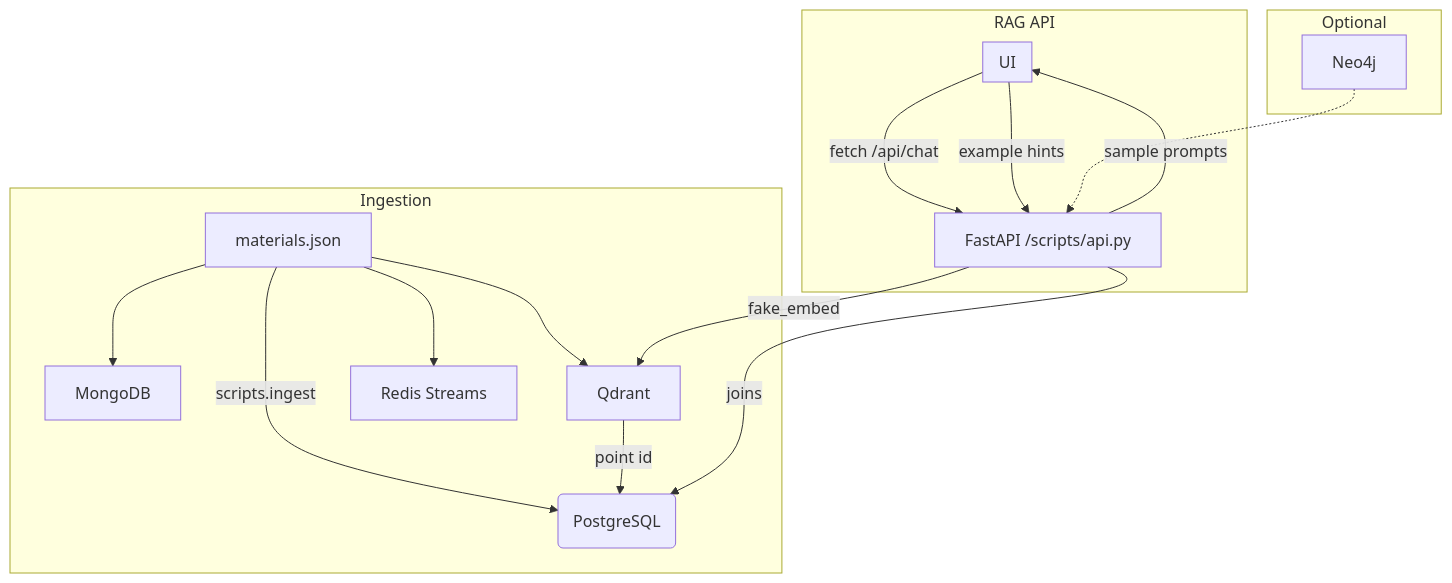
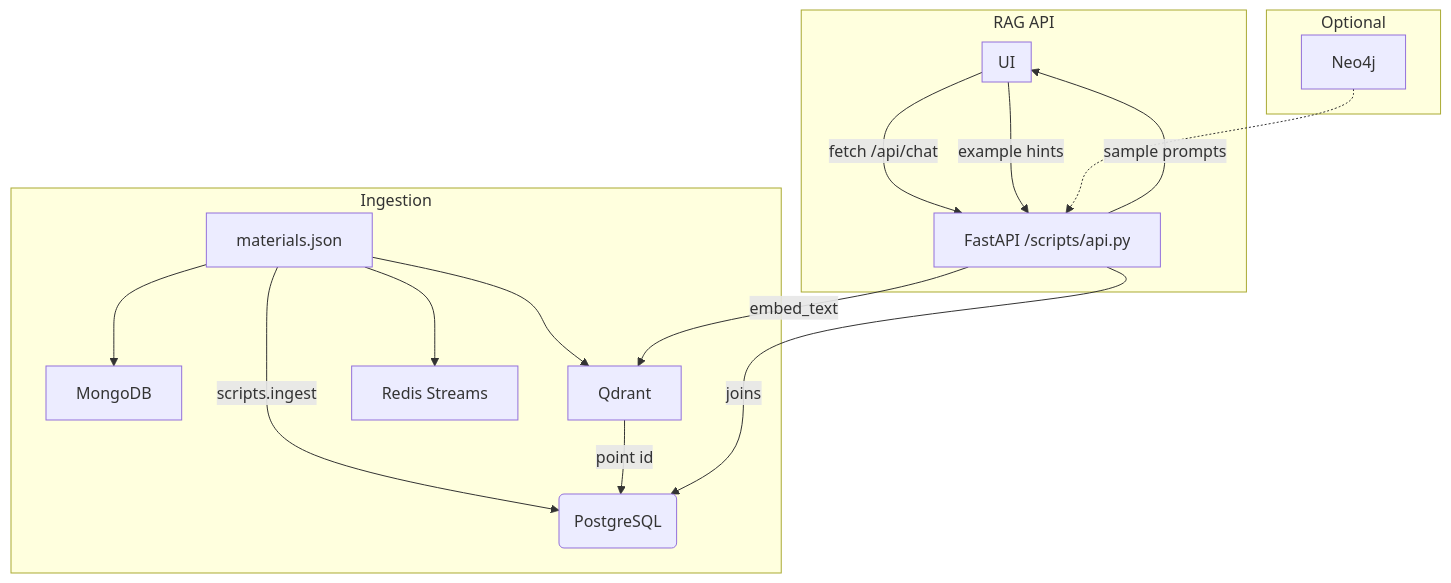
Before and after one commit to mart1ny/-RAG-system: the diagram in README.md, drawn with Mermaid. The commit also changed other lines of this file and 3 other files, not shown here.

````diff
--- a/README.md
+++ b/README.md
@@ -27,22 +28,22 @@
 ```mermaid
 flowchart TD
     subgraph Ingestion
         A[materials.json] -->|scripts.ingest| B(PostgreSQL)
         A --> C[MongoDB]
         A --> D[Qdrant]
         D -->|point id| B
         A --> E[Redis Streams]
     end
     subgraph RAG API
-        F[FastAPI /scripts/api.py] -->|fake_embed| D
+        F[FastAPI /scripts/api.py] -->|embed_text| D
         F -->|joins| B
         F -->|sample prompts| UI
     end
     subgraph UI
         UI[React GPT-like Chat] -->|fetch /api/chat| F
         UI -->|example hints| F
     end
     subgraph Optional
         G[Neo4j] -.-> F
     end
 ```
````
